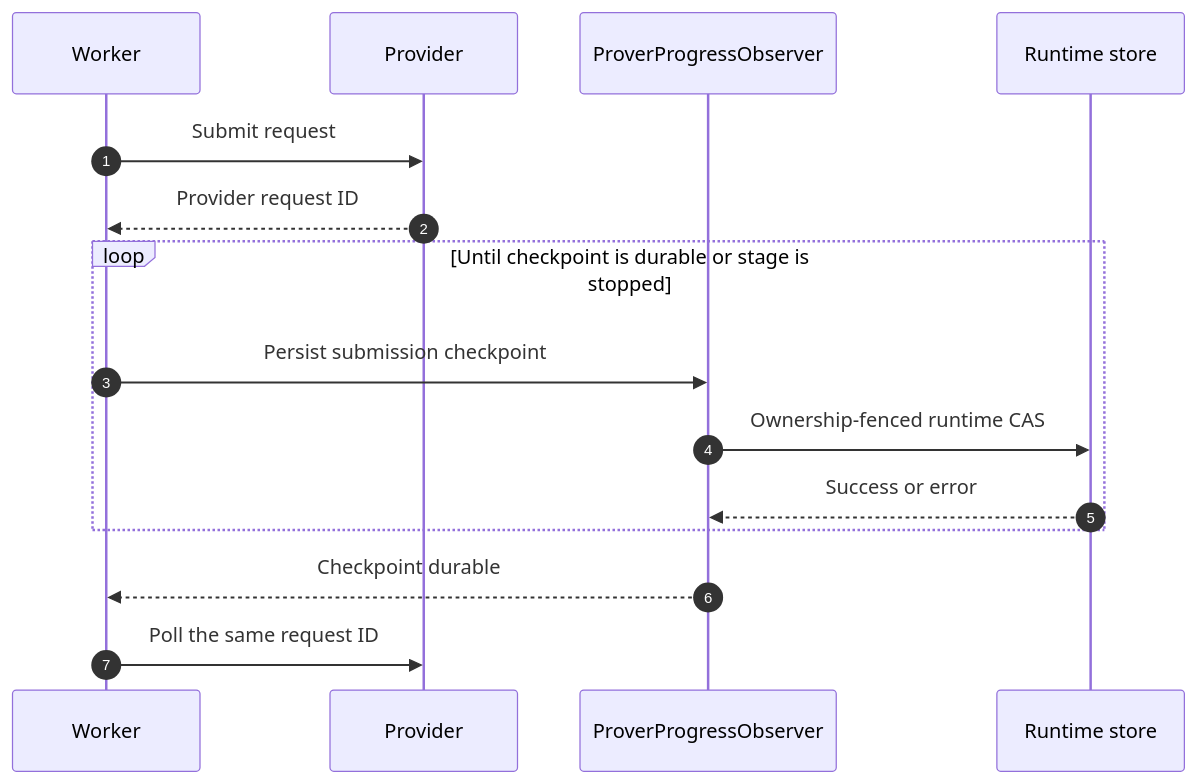
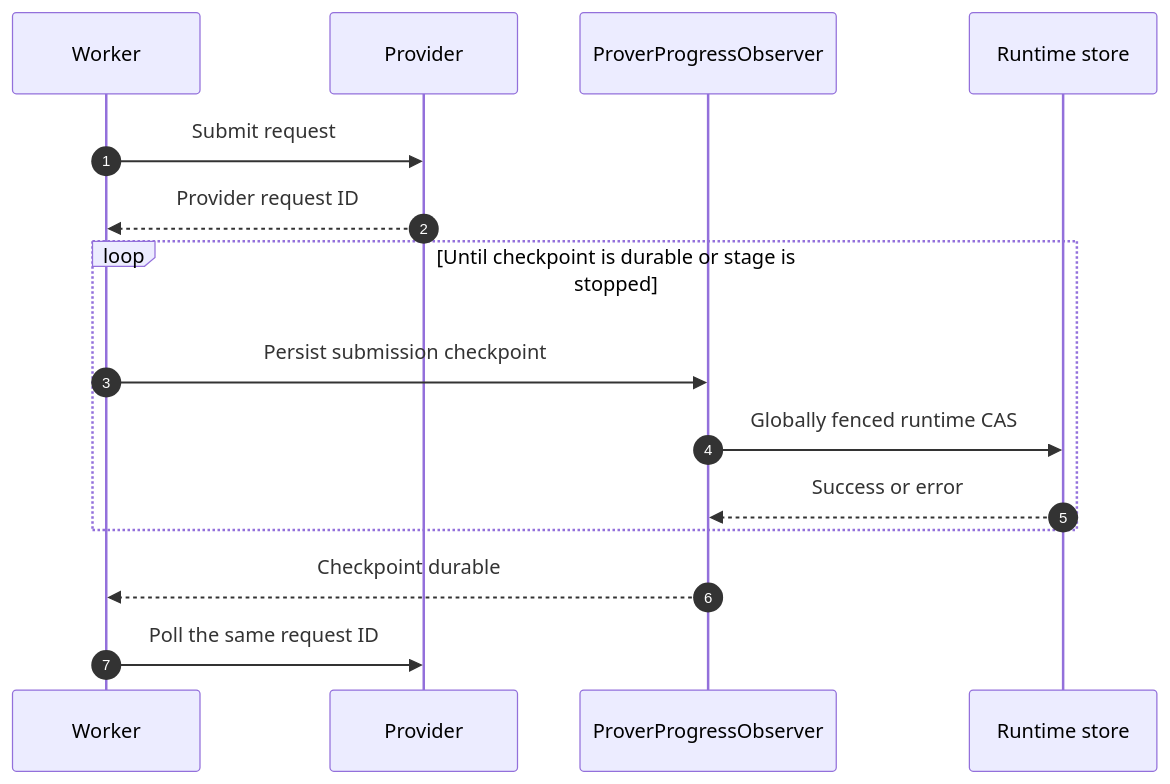
The eighth of 10 diagrams in docs/architecture.md (taikoxyz/raiko2), drawn with Mermaid before and after one commit. The commit also changed other lines of this file and 29 other files, not shown here.

````diff
--- a/docs/architecture.md
+++ b/docs/architecture.md
@@ -323,18 +319,18 @@
 ```mermaid
 sequenceDiagram
   autonumber
   participant Worker
   participant Provider
   participant Observer as ProverProgressObserver
   participant Runtime as Runtime store
 
   Worker->>Provider: Submit request
   Provider-->>Worker: Provider request ID
   loop Until checkpoint is durable or stage is stopped
     Worker->>Observer: Persist submission checkpoint
-    Observer->>Runtime: Ownership-fenced runtime CAS
+    Observer->>Runtime: Globally fenced runtime CAS
     Runtime-->>Observer: Success or error
   end
   Observer-->>Worker: Checkpoint durable
   Worker->>Provider: Poll the same request ID
 ```
````
